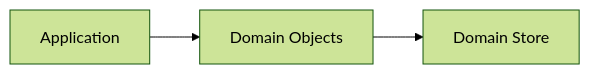
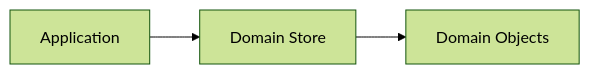
The tenth of 12 diagrams in docs/architecture/0002-domain-resource-model.md (kjvonly/kjvonly.bible), drawn with Mermaid (forest theme) before and after one commit. The commit also changed other lines of this file and 3 other files, not shown here.

````diff
--- a/docs/architecture/0002-domain-resource-model.md
+++ b/docs/architecture/0002-domain-resource-model.md
@@ -699,9 +727,9 @@
 ```mermaid
 flowchart LR
 
-    UI["Application"]
+    APPLICATION["Application"]
 
-    UI --> OBJECTS["Domain Objects"]
+    APPLICATION --> STORE["Domain Store"]
 
-    OBJECTS --> STORE["Domain Store"]
+    STORE --> OBJECTS["Domain Objects"]
 ```
````
